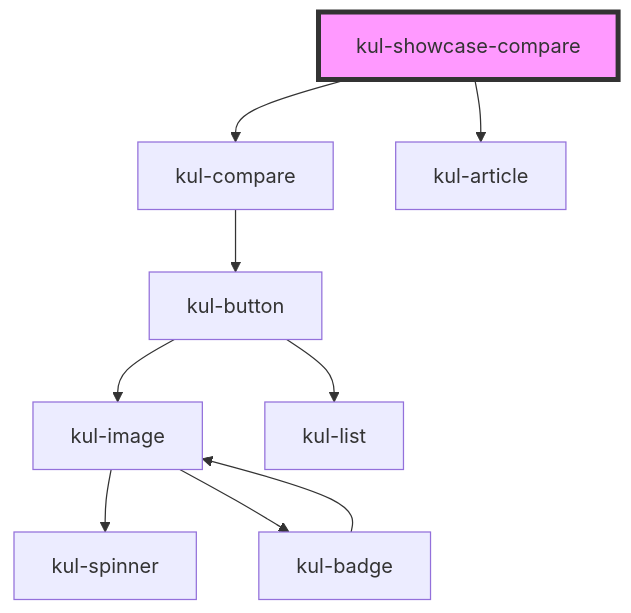
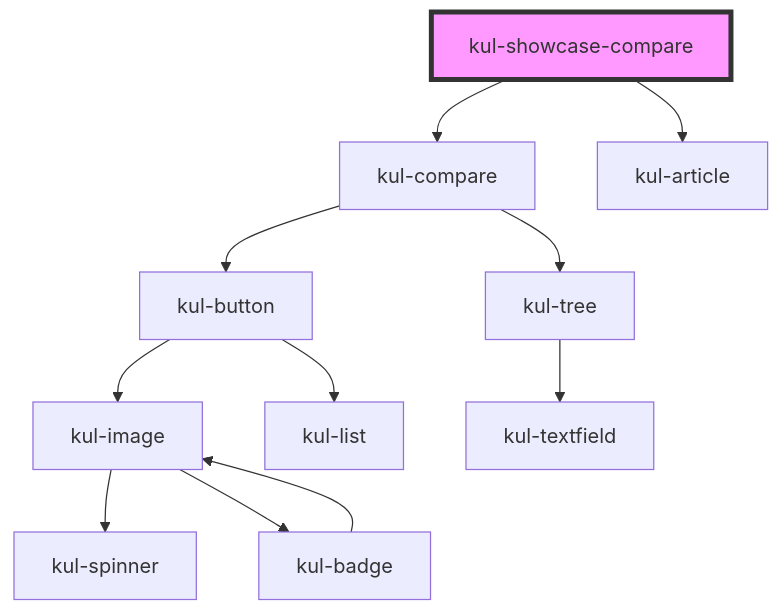
The diagram in packages/ketchup-lite/src/components/kul-showcase/components/compare/readme.md (lucafoscili/ketchup-lite), drawn with Mermaid before and after one commit. The commit also changed 6 other files, not shown here.

````diff
--- a/packages/ketchup-lite/src/components/kul-showcase/components/compare/readme.md
+++ b/packages/ketchup-lite/src/components/kul-showcase/components/compare/readme.md
@@ -27,12 +27,14 @@
 ```mermaid
 graph TD;
   kul-showcase-compare --> kul-compare
   kul-showcase-compare --> kul-article
   kul-compare --> kul-button
+  kul-compare --> kul-tree
   kul-button --> kul-image
   kul-button --> kul-list
   kul-image --> kul-spinner
   kul-image --> kul-badge
   kul-badge --> kul-image
+  kul-tree --> kul-textfield
   style kul-showcase-compare fill:#f9f,stroke:#333,stroke-width:4px
 ```
````
